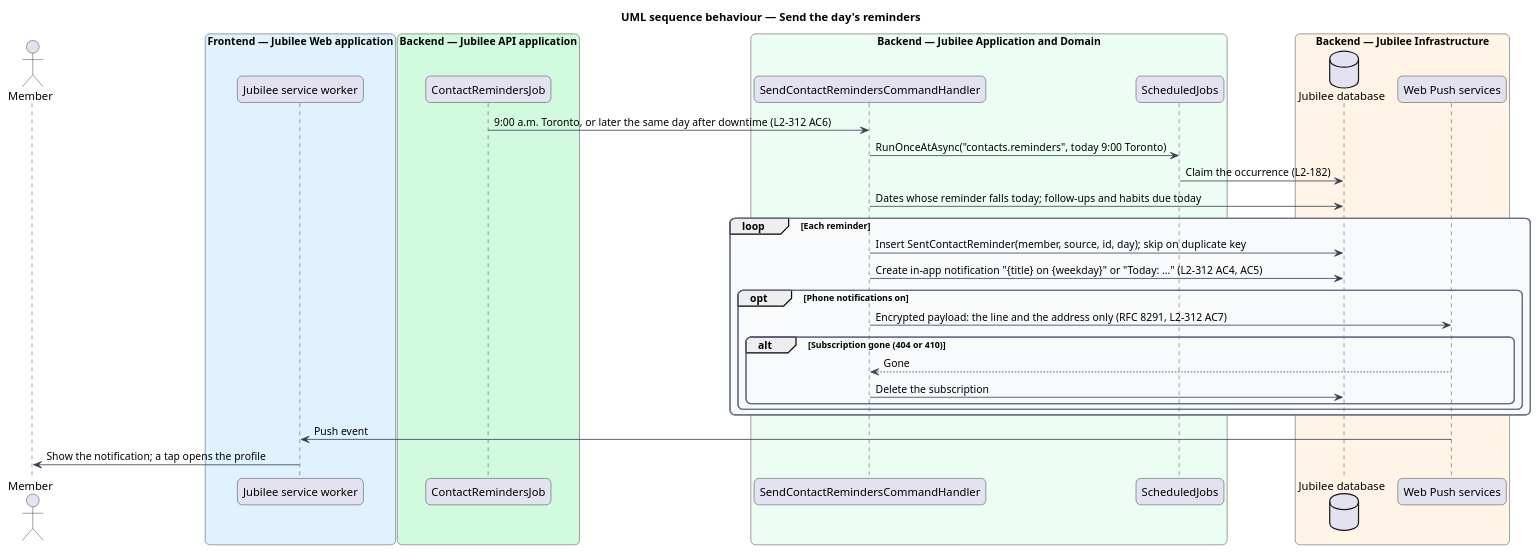
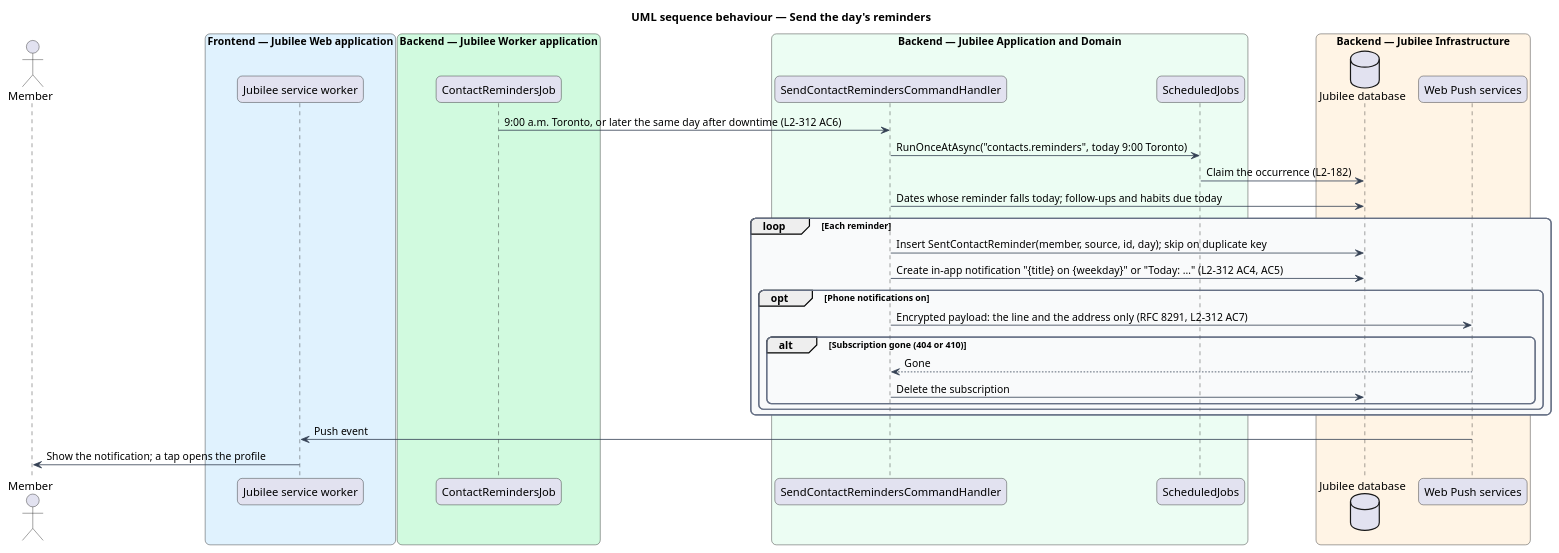
The diagram in docs/detailed-designs/contacts/remember-dates/diagrams/sequence-send-reminders.puml (QuinntyneBrown/jubilee), drawn with PlantUML before and after one commit. The commit also changed 63 other files, not shown here.

First line of the commit message:
docs(designs): render the Contacts diagrams

```diff
--- a/docs/detailed-designs/contacts/remember-dates/diagrams/sequence-send-reminders.puml
+++ b/docs/detailed-designs/contacts/remember-dates/diagrams/sequence-send-reminders.puml
@@ -1,50 +1,50 @@
 @startuml
 title UML sequence behaviour — Send the day's reminders
 skinparam backgroundColor #FFFFFF
 skinparam shadowing false
 skinparam roundcorner 12
 skinparam defaultFontName Arial
 skinparam ArrowColor #344054
 skinparam rectangle {
   BorderColor #344054
   FontColor #101828
 }
 skinparam package {
   BorderColor #667085
   FontColor #101828
   BackgroundColor #F9FAFB
 }
 actor "Member" as actor
 box "Frontend — Jubilee Web application" #E0F2FE
   participant "Jubilee service worker" as sw
 end box
-box "Backend — Jubilee API application" #D1FADF
+box "Backend — Jubilee Worker application" #D1FADF
   participant "ContactRemindersJob" as jobhost
 end box
 box "Backend — Jubilee Application and Domain" #ECFDF3
   participant "SendContactRemindersCommandHandler" as handler
   participant "ScheduledJobs" as jobs
 end box
 box "Backend — Jubilee Infrastructure" #FFF4E5
   database "Jubilee database" as db
   participant "Web Push services" as push
 end box
 
 jobhost -> handler : 9:00 a.m. Toronto, or later the same day after downtime (L2-312 AC6)
 handler -> jobs : RunOnceAtAsync("contacts.reminders", today 9:00 Toronto)
 jobs -> db : Claim the occurrence (L2-182)
 handler -> db : Dates whose reminder falls today; follow-ups and habits due today
 loop Each reminder
   handler -> db : Insert SentContactReminder(member, source, id, day); skip on duplicate key
   handler -> db : Create in-app notification "{title} on {weekday}" or "Today: …" (L2-312 AC4, AC5)
   opt Phone notifications on
     handler -> push : Encrypted payload: the line and the address only (RFC 8291, L2-312 AC7)
     alt Subscription gone (404 or 410)
       push --> handler : Gone
       handler -> db : Delete the subscription
     end
   end
 end
 push -> sw : Push event
 sw -> actor : Show the notification; a tap opens the profile
 @enduml
```
